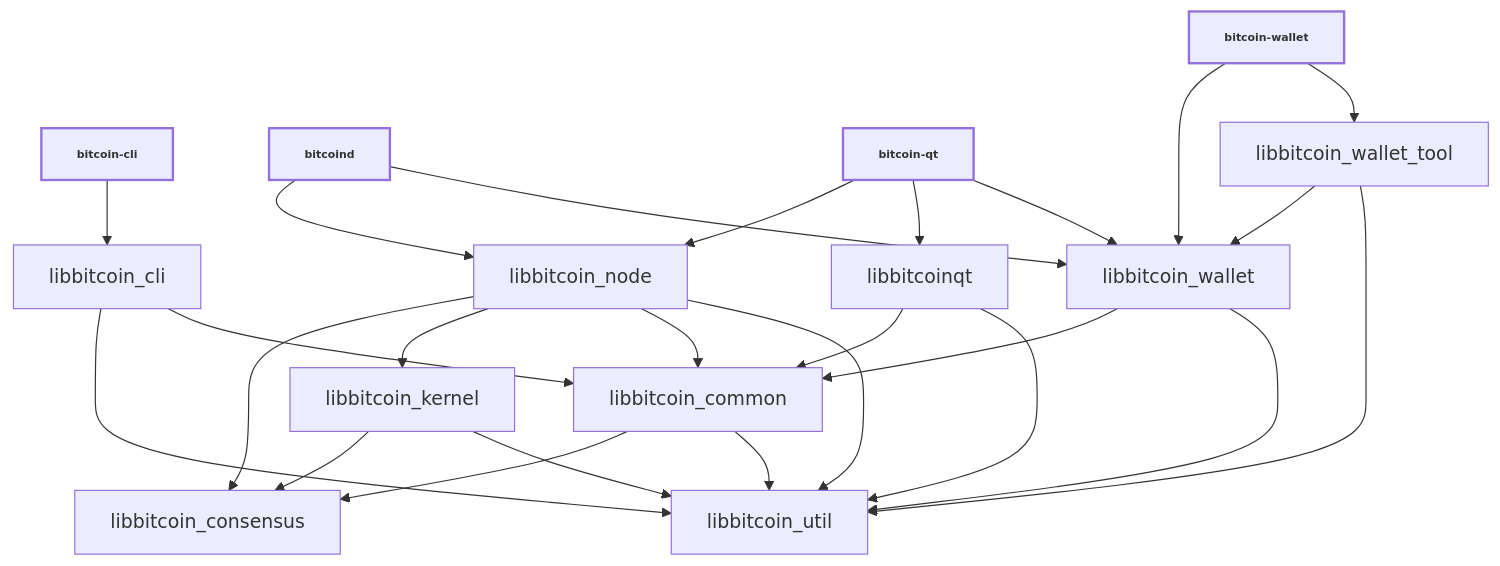
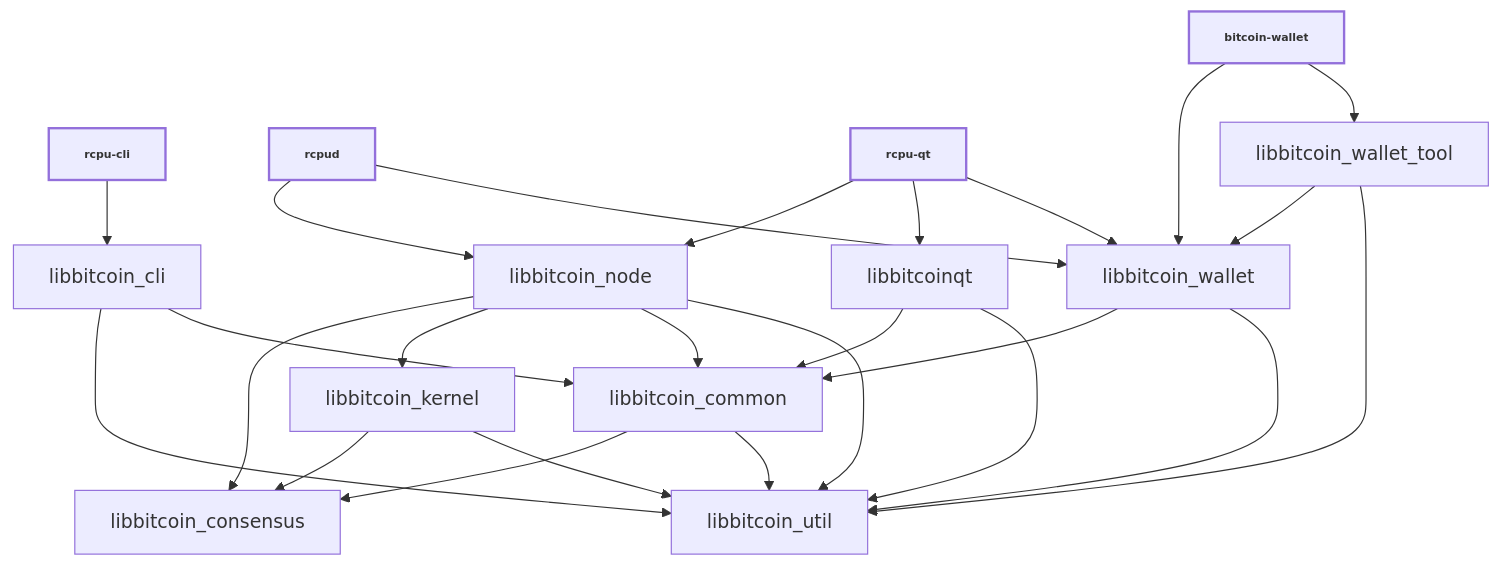
The diagram in doc/design/libraries.md (btcrcpu-max/rcpu), drawn with Mermaid before and after one commit. The commit also changed other lines of this file and 77 other files, not shown here.

First line of the commit message:
Unify binary naming: replace bitcoind with rcpud across docs and contrib

````diff
--- a/doc/design/libraries.md
+++ b/doc/design/libraries.md
@@ -36,44 +36,44 @@
 ```mermaid
 
 %%{ init : { "flowchart" : { "curve" : "basis" }}}%%
 
 graph TD;
 
-bitcoin-cli[bitcoin-cli]-->libbitcoin_cli;
+rcpu-cli[rcpu-cli]-->libbitcoin_cli;
 
-bitcoind[bitcoind]-->libbitcoin_node;
-bitcoind[bitcoind]-->libbitcoin_wallet;
+rcpud[rcpud]-->libbitcoin_node;
+rcpud[rcpud]-->libbitcoin_wallet;
 
-bitcoin-qt[bitcoin-qt]-->libbitcoin_node;
-bitcoin-qt[bitcoin-qt]-->libbitcoinqt;
-bitcoin-qt[bitcoin-qt]-->libbitcoin_wallet;
+rcpu-qt[rcpu-qt]-->libbitcoin_node;
+rcpu-qt[rcpu-qt]-->libbitcoinqt;
+rcpu-qt[rcpu-qt]-->libbitcoin_wallet;
 
 bitcoin-wallet[bitcoin-wallet]-->libbitcoin_wallet;
 bitcoin-wallet[bitcoin-wallet]-->libbitcoin_wallet_tool;
 
 libbitcoin_cli-->libbitcoin_util;
 libbitcoin_cli-->libbitcoin_common;
 
 libbitcoin_common-->libbitcoin_consensus;
 libbitcoin_common-->libbitcoin_util;
 
 libbitcoin_kernel-->libbitcoin_consensus;
 libbitcoin_kernel-->libbitcoin_util;
 
 libbitcoin_node-->libbitcoin_consensus;
 libbitcoin_node-->libbitcoin_kernel;
 libbitcoin_node-->libbitcoin_common;
 libbitcoin_node-->libbitcoin_util;
 
 libbitcoinqt-->libbitcoin_common;
 libbitcoinqt-->libbitcoin_util;
 
 libbitcoin_wallet-->libbitcoin_common;
 libbitcoin_wallet-->libbitcoin_util;
 
 libbitcoin_wallet_tool-->libbitcoin_wallet;
 libbitcoin_wallet_tool-->libbitcoin_util;
 
 classDef bold stroke-width:2px, font-weight:bold, font-size: smaller;
-class bitcoin-qt,bitcoind,bitcoin-cli,bitcoin-wallet bold
+class rcpu-qt,rcpud,rcpu-cli,bitcoin-wallet bold
 ```
````
